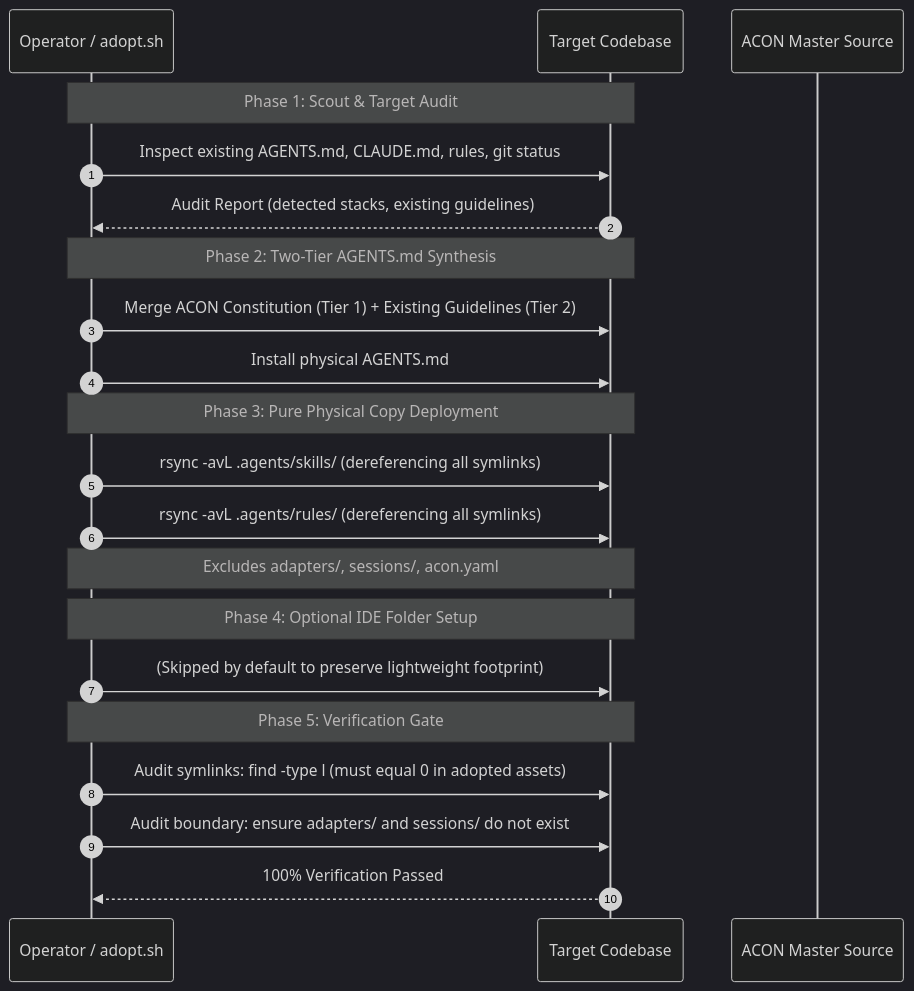
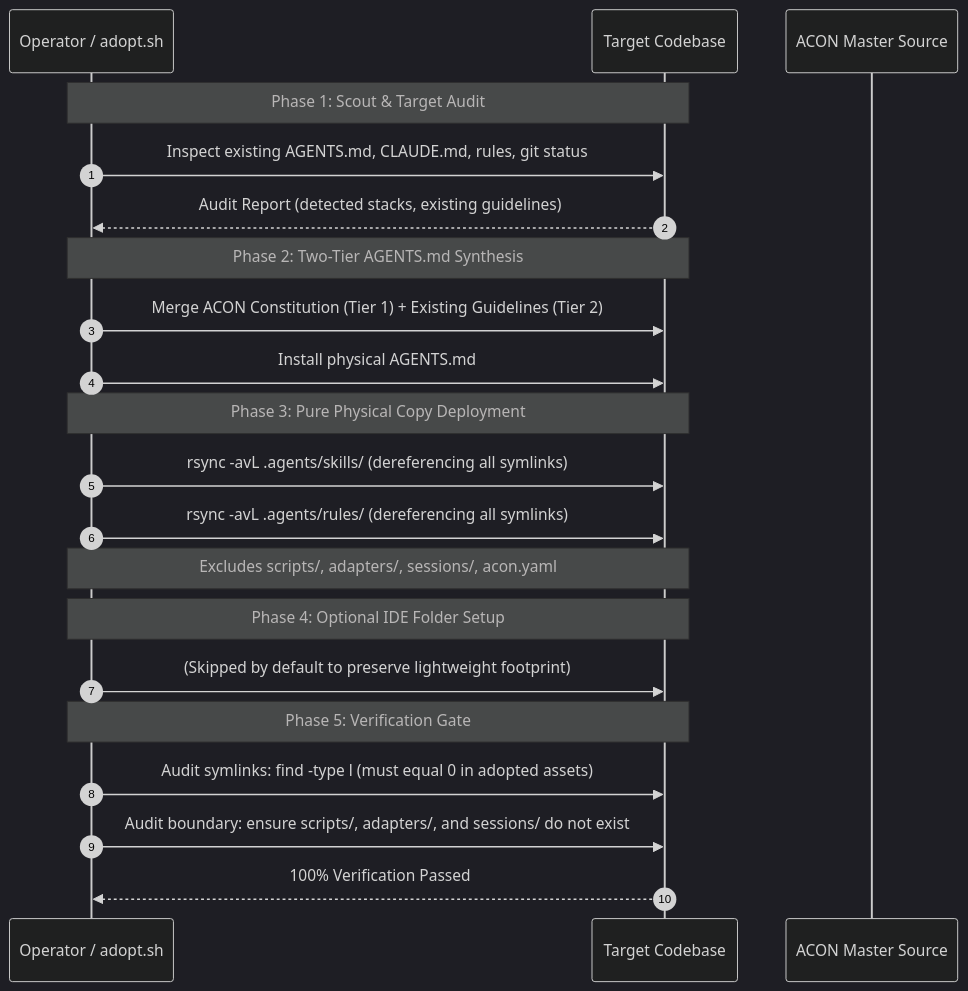
One commit to HairyBlue/acon changed the second of 2 diagrams in .agents/skills/productivity/adopt-acon/SKILL.md. Above: the diagram before and after it, drawn with Mermaid (dark theme). The commit also changed other lines of this file and 12 other files, not shown here.

First line of the commit message:
refactor(core): remove adapters and relocate adopt.sh to scripts

````diff
--- a/.agents/skills/productivity/adopt-acon/SKILL.md
+++ b/.agents/skills/productivity/adopt-acon/SKILL.md
@@ -126,28 +128,28 @@
 ```mermaid
 sequenceDiagram
     autonumber
     participant Op as Operator / adopt.sh
     participant Target as Target Codebase
     participant ACON as ACON Master Source
 
     Note over Op,Target: Phase 1: Scout & Target Audit
     Op->>Target: Inspect existing AGENTS.md, CLAUDE.md, rules, git status
     Target-->>Op: Audit Report (detected stacks, existing guidelines)
 
     Note over Op,Target: Phase 2: Two-Tier AGENTS.md Synthesis
     Op->>Target: Merge ACON Constitution (Tier 1) + Existing Guidelines (Tier 2)
     Op->>Target: Install physical AGENTS.md
 
     Note over Op,Target: Phase 3: Pure Physical Copy Deployment
     Op->>Target: rsync -avL .agents/skills/ (dereferencing all symlinks)
     Op->>Target: rsync -avL .agents/rules/ (dereferencing all symlinks)
-    Note over Op,Target: Excludes adapters/, sessions/, acon.yaml
+    Note over Op,Target: Excludes scripts/, adapters/, sessions/, acon.yaml
 
     Note over Op,Target: Phase 4: Optional IDE Folder Setup
     Op->>Target: (Skipped by default to preserve lightweight footprint)
 
     Note over Op,Target: Phase 5: Verification Gate
     Op->>Target: Audit symlinks: find -type l (must equal 0 in adopted assets)
-    Op->>Target: Audit boundary: ensure adapters/ and sessions/ do not exist
+    Op->>Target: Audit boundary: ensure scripts/, adapters/, and sessions/ do not exist
     Target-->>Op: 100% Verification Passed
 ```
````
